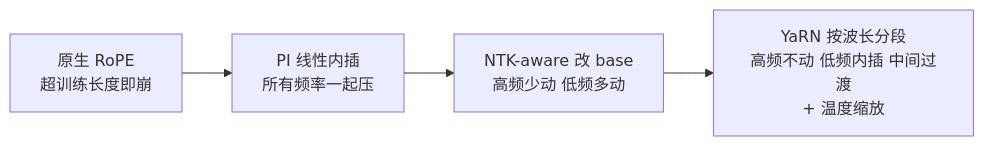
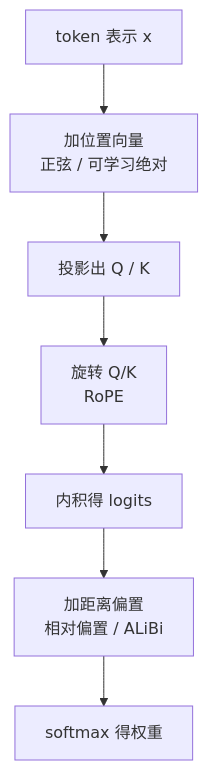
The diagram in knowledge/01-模型结构/RoPE.md (ChaoyuWang04/MockInterview), drawn with Mermaid before and after one commit. The commit also changed other lines of this file and 5 other files, not shown here.

````diff
--- a/knowledge/01-模型结构/RoPE.md
+++ b/knowledge/01-模型结构/RoPE.md
@@ -62,6 +21,9 @@
 ```mermaid
-flowchart LR
-    A["原生 RoPE<br/>超训练长度即崩"] --> B["PI 线性内插<br/>所有频率一起压"]
-    B --> C["NTK-aware 改 base<br/>高频少动 低频多动"]
-    C --> D["YaRN 按波长分段<br/>高频不动 低频内插 中间过渡<br/>+ 温度缩放"]
+flowchart TD
+    A["token 表示 x"] --> B["加位置向量<br/>正弦 / 可学习绝对"]
+    B --> C["投影出 Q / K"]
+    C --> D["旋转 Q/K<br/>RoPE"]
+    D --> E["内积得 logits"]
+    E --> F["加距离偏置<br/>相对偏置 / ALiBi"]
+    F --> G["softmax 得权重"]
 ```
````
